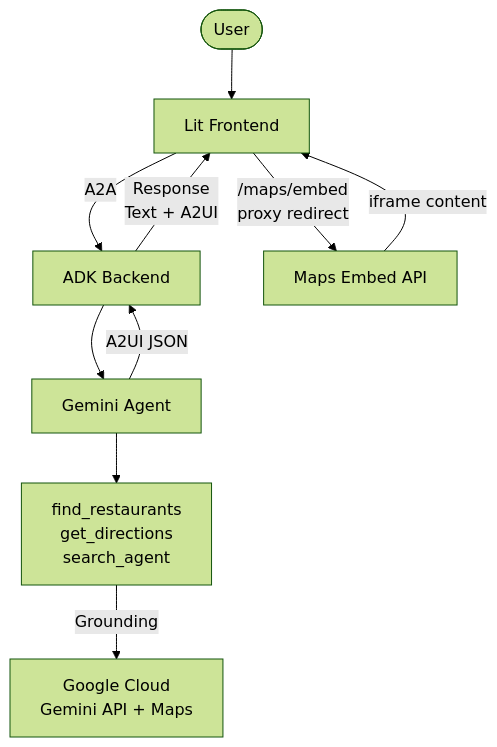
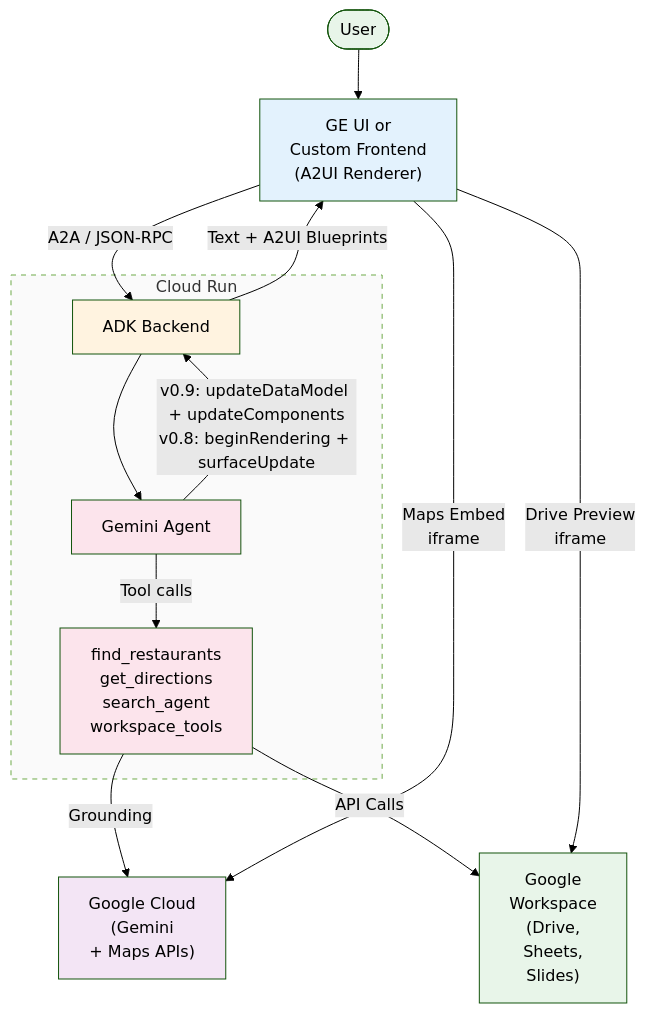
Before and after one commit to wadave/agent-a2ui-demo: the first of 3 diagrams in README.md, drawn with Mermaid (forest theme). The commit also changed other lines of this file, not shown here.

Commit message:
chore:update mermaid diagram

````diff
--- a/README.md
+++ b/README.md
@@ -30,12 +30,31 @@
 ```mermaid
 graph TB
-    User([User]) --> Frontend[Lit Frontend]
-    Frontend -->|A2A | Backend[ADK Backend]
-    Backend --> Agent[Gemini Agent]
-    Agent --> Tools[find_restaurants<br/>get_directions<br/>search_agent]
-    Tools -->|Grounding| GCP[Google Cloud<br/>Gemini API + Maps]
-    Agent -->|A2UI JSON| Backend
-    Backend -->|"Response<br/>Text + A2UI"| Frontend
-    Frontend -->|"/maps/embed<br/>proxy redirect"| MapsEmbed[Maps Embed API]
-    MapsEmbed -->|iframe content| Frontend
+    User([User]) --> FE["GE UI or <br/>Custom Frontend<br/>(A2UI Renderer)"]
+
+    FE -->|"A2A / JSON-RPC"| BE
+
+    subgraph CloudRun["Cloud Run"]
+        BE["ADK Backend"]
+        Agent["Gemini Agent"]
+        Tools["find_restaurants<br/>get_directions<br/>search_agent<br/>workspace_tools"]
+
+        BE --> Agent
+        Agent -->|"Tool calls"| Tools
+        Agent -->|"v0.9: updateDataModel + updateComponents<br/>v0.8: beginRendering + surfaceUpdate"| BE
+    end
+
+    BE -->|"Text + A2UI Blueprints"| FE
+    Tools -->|"Grounding"| GCP["Google Cloud<br/>(Gemini<br/>+ Maps APIs)"]
+    Tools -->|"API Calls"| GWS["Google<br/>Workspace<br/>(Drive,<br/>Sheets,<br/>Slides)"]
+    FE -->|"Maps Embed<br/> iframe"| GCP
+    FE -->|"Drive Preview <br/>iframe"| GWS
+
+    style User fill:#e8f5e9
+    style FE fill:#e3f2fd
+    style BE fill:#fff3e0
+    style Agent fill:#fce4ec
+    style Tools fill:#fce4ec
+    style GCP fill:#f3e5f5
+    style GWS fill:#e8f5e9
+    style CloudRun stroke-dasharray:5 5,fill:#fafafa
 ```
````
